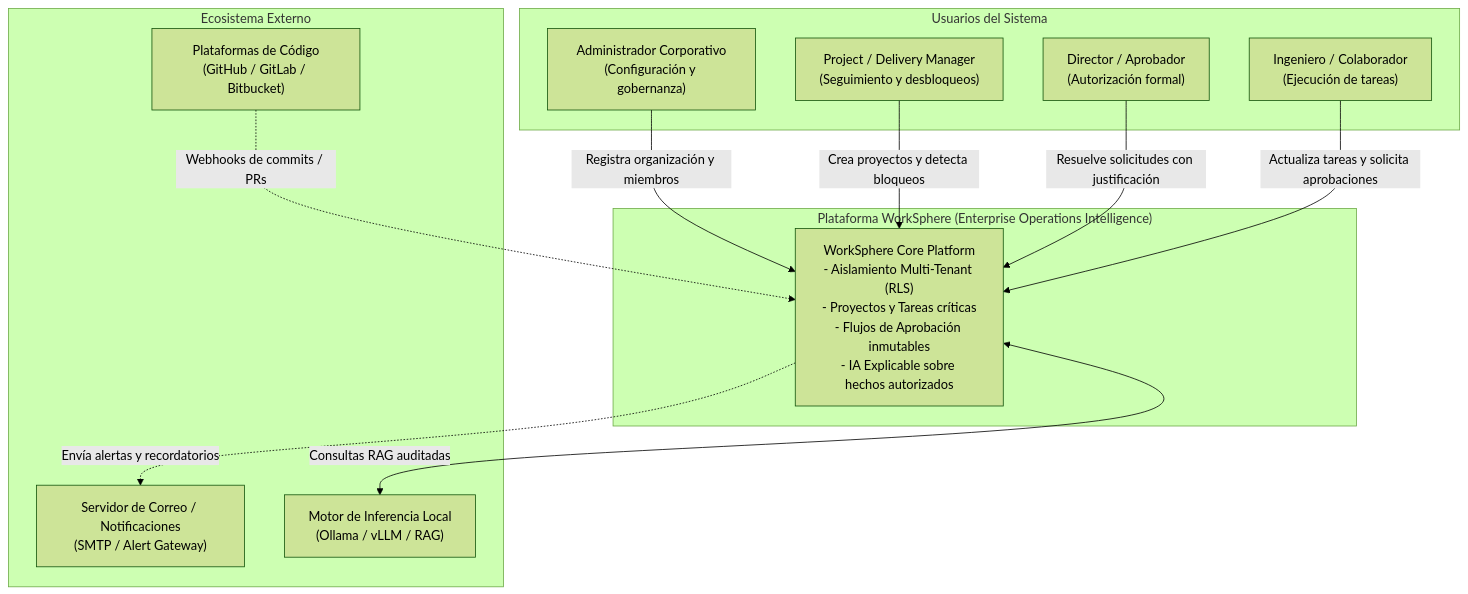
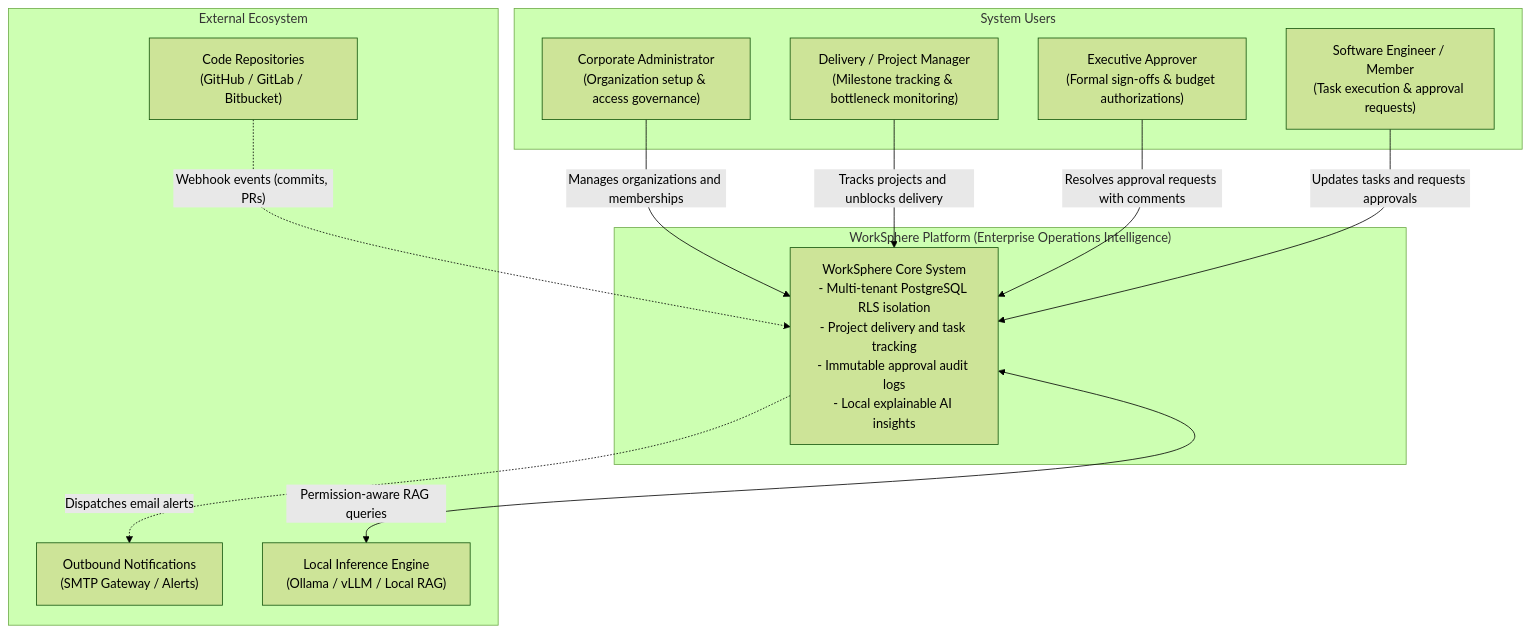
One commit to daniel2004-lsd/worksphere-docs changed the first of 2 diagrams in 08-uml/c4-architecture-diagrams.md. Above: the diagram before and after it, drawn with Mermaid (forest theme). The commit also changed other lines of this file and 22 other files, not shown here.

Commit message:
docs(all): complete english enterprise architecture, security policy, non-functional requirements and EcoRuteandoDb liquibase governance (#4)

````diff
--- a/08-uml/c4-architecture-diagrams.md
+++ b/08-uml/c4-architecture-diagrams.md
@@ -14,28 +14,28 @@
 ```mermaid
 flowchart TD
-    subgraph Actores["Usuarios del Sistema"]
-        Admin["Administrador Corporativo<br/>(Configuración y gobernanza)"]
-        PM["Project / Delivery Manager<br/>(Seguimiento y desbloqueos)"]
-        Approver["Director / Aprobador<br/>(Autorización formal)"]
-        Engineer["Ingeniero / Colaborador<br/>(Ejecución de tareas)"]
+    subgraph Users["System Users"]
+        Admin["Corporate Administrator<br/>(Organization setup & access governance)"]
+        PM["Delivery / Project Manager<br/>(Milestone tracking & bottleneck monitoring)"]
+        Approver["Executive Approver<br/>(Formal sign-offs & budget authorizations)"]
+        Engineer["Software Engineer / Member<br/>(Task execution & approval requests)"]
     end
 
-    subgraph WorkSphereSystem["Plataforma WorkSphere (Enterprise Operations Intelligence)"]
-        WS["WorkSphere Core Platform<br/>- Aislamiento Multi-Tenant (RLS)<br/>- Proyectos y Tareas críticas<br/>- Flujos de Aprobación inmutables<br/>- IA Explicable sobre hechos autorizados"]
+    subgraph WorkSphereSystem["WorkSphere Platform (Enterprise Operations Intelligence)"]
+        WS["WorkSphere Core System<br/>- Multi-tenant PostgreSQL RLS isolation<br/>- Project delivery and task tracking<br/>- Immutable approval audit logs<br/>- Local explainable AI insights"]
     end
 
-    subgraph ExternalSystems["Ecosistema Externo"]
-        GitPlatforms["Plataformas de Código<br/>(GitHub / GitLab / Bitbucket)"]
-        SMTP["Servidor de Correo / Notificaciones<br/>(SMTP / Alert Gateway)"]
-        LLM["Motor de Inferencia Local<br/>(Ollama / vLLM / RAG)"]
+    subgraph ExternalSystems["External Ecosystem"]
+        GitPlatforms["Code Repositories<br/>(GitHub / GitLab / Bitbucket)"]
+        SMTP["Outbound Notifications<br/>(SMTP Gateway / Alerts)"]
+        LLM["Local Inference Engine<br/>(Ollama / vLLM / Local RAG)"]
     end
 
-    Admin -->|"Registra organización y miembros"| WS
-    PM -->|"Crea proyectos y detecta bloqueos"| WS
-    Approver -->|"Resuelve solicitudes con justificación"| WS
-    Engineer -->|"Actualiza tareas y solicita aprobaciones"| WS
+    Admin -->|"Manages organizations and memberships"| WS
+    PM -->|"Tracks projects and unblocks delivery"| WS
+    Approver -->|"Resolves approval requests with comments"| WS
+    Engineer -->|"Updates tasks and requests approvals"| WS
 
-    GitPlatforms -.->|"Webhooks de commits / PRs"| WS
-    WS -.->|"Envía alertas y recordatorios"| SMTP
-    WS <-->|"Consultas RAG auditadas"| LLM
+    GitPlatforms -.->|"Webhook events (commits, PRs)"| WS
+    WS -.->|"Dispatches email alerts"| SMTP
+    WS <-->|"Permission-aware RAG queries"| LLM
 ```
````
